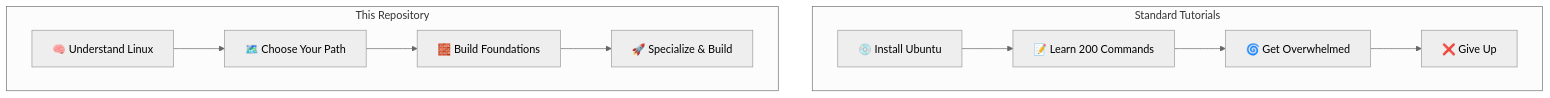
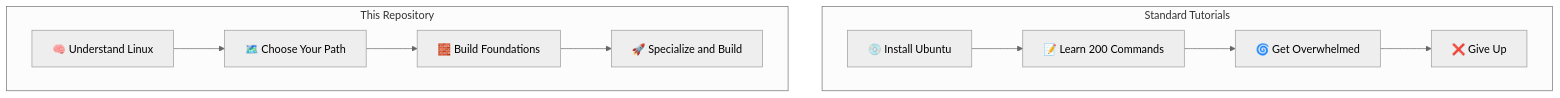
One commit to Harshajaya13/Foss-Club changed the first of 4 diagrams in README.md. Above: the diagram before and after it, drawn with Mermaid (neutral theme). The commit also changed other lines of this file and 3 other files, not shown here.

Commit message:
fix raw ampersands in Mermaid and link contributing guide prominently in README

````diff
--- a/README.md
+++ b/README.md
@@ -38,14 +38,14 @@
 ```mermaid
 graph TD
     subgraph Standard Tutorials
         T1["💿 Install Ubuntu"] --> T2["📝 Learn 200 Commands"]
         T2 --> T3["🌀 Get Overwhelmed"]
         T3 --> T4["❌ Give Up"]
     end
 
     subgraph This Repository
         R1["🧠 Understand Linux"] --> R2["🗺️ Choose Your Path"]
         R2 --> R3["🧱 Build Foundations"]
-        R3 --> R4["🚀 Specialize & Build"]
+        R3 --> R4["🚀 Specialize and Build"]
     end
 ```
````
